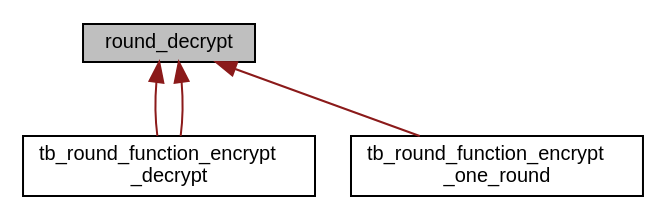
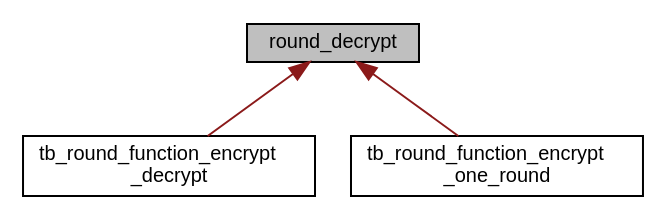
The diagram in da/d60/enumround__decrypt__inherit__graph.dot (FlorianFrank/SPECK_Cipher_Verilog), drawn with Graphviz before and after one commit. The commit also changed 161 other files, not shown here.

```diff
--- a/da/d60/enumround__decrypt__inherit__graph.dot
+++ b/da/d60/enumround__decrypt__inherit__graph.dot
@@ -1,12 +1,11 @@
 digraph "round_decrypt"
 {
  // INTERACTIVE_SVG=YES
   edge [fontname="Helvetica",fontsize="10",labelfontname="Helvetica",labelfontsize="10"];
   node [fontname="Helvetica",fontsize="10",shape=record];
   Node0 [label="round_decrypt",height=0.2,width=0.4,color="black", fillcolor="grey75", style="filled", fontcolor="black"];
   Node0 -> Node1 [dir="back",color="firebrick4",fontsize="10",style="solid",fontname="Helvetica"];
   Node1 [label="tb_round_function_encrypt\l_decrypt",height=0.2,width=0.4,color="black", fillcolor="white", style="filled",URL="$de/d77/enumtb__round__function__encrypt__decrypt.html"];
-  Node0 -> Node1 [dir="back",color="firebrick4",fontsize="10",style="solid",fontname="Helvetica"];
   Node0 -> Node2 [dir="back",color="firebrick4",fontsize="10",style="solid",fontname="Helvetica"];
   Node2 [label="tb_round_function_encrypt\l_one_round",height=0.2,width=0.4,color="black", fillcolor="white", style="filled",URL="$db/d4d/enumtb__round__function__encrypt__one__round.html"];
 }
```
